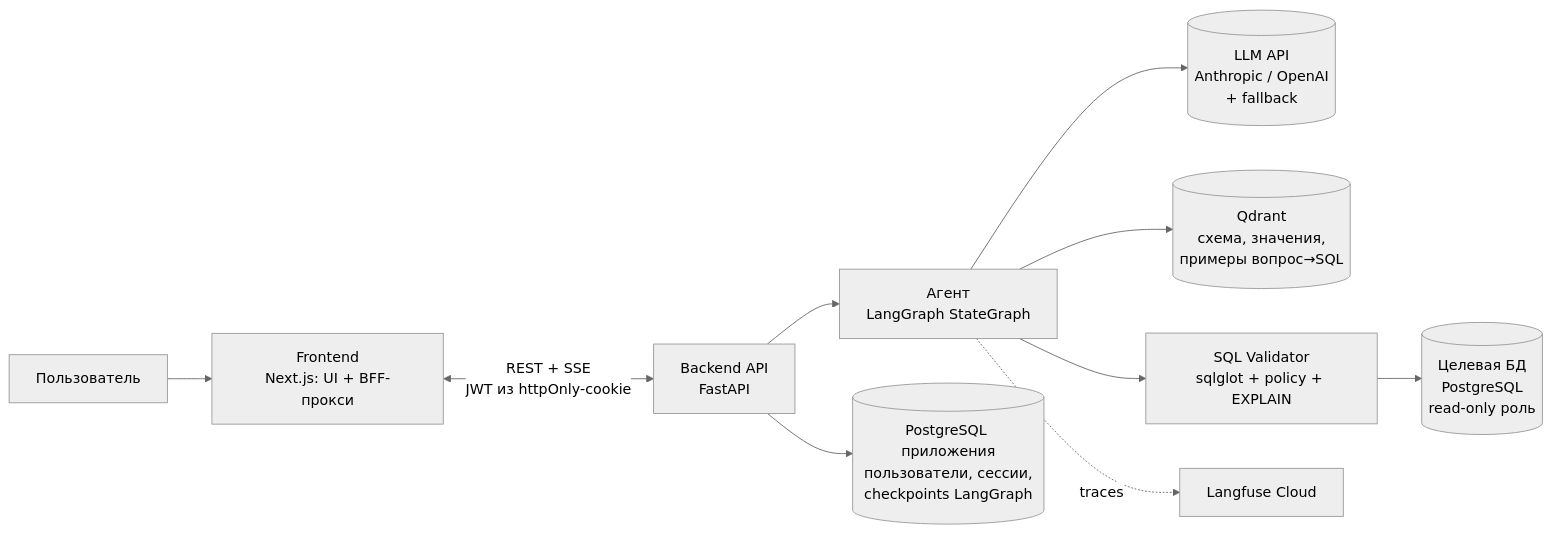
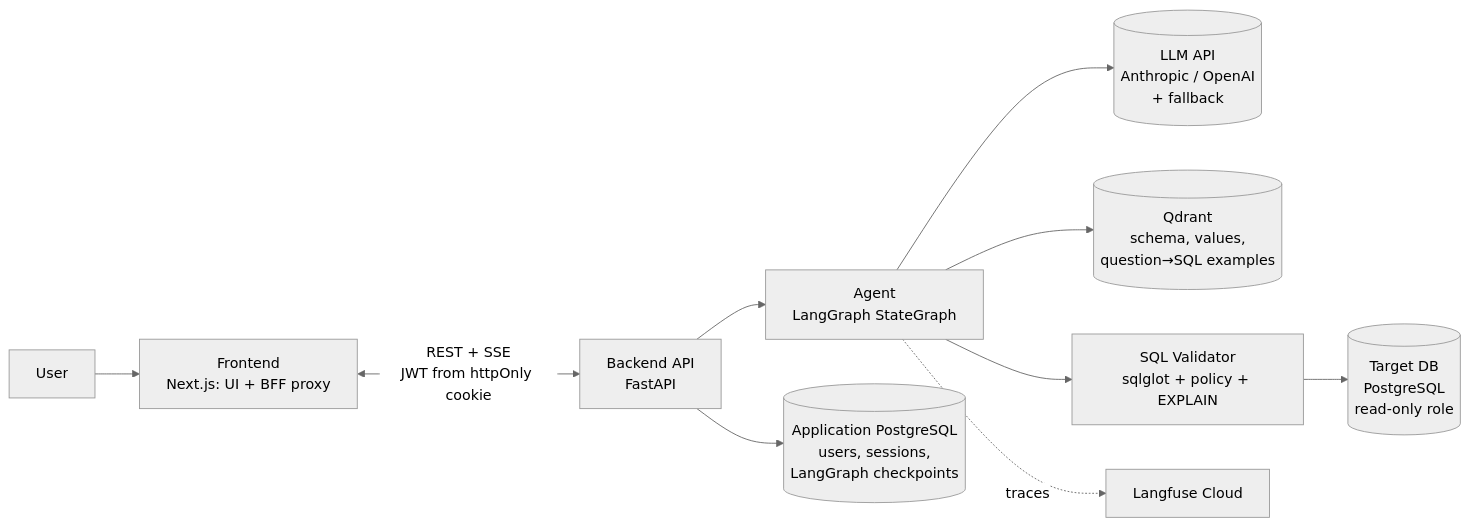
Before and after one commit to Abegerov4/Suhbat2DB: the first of 2 diagrams in README.md, drawn with Mermaid (neutral theme). The commit also changed other lines of this file and 41 other files, not shown here.

First line of the commit message:
DIP-40: Translate documentation and diagrams into English

````diff
--- a/README.md
+++ b/README.md
@@ -113,14 +113,14 @@
 ```mermaid
 flowchart LR
-    U[Пользователь] --> FE[Frontend<br/>Next.js: UI + BFF-прокси]
-    FE <-->|REST + SSE<br/>JWT из httpOnly-cookie| API[Backend API<br/>FastAPI]
-    API --> AG[Агент<br/>LangGraph StateGraph]
+    U[User] --> FE[Frontend<br/>Next.js: UI + BFF proxy]
+    FE <-->|REST + SSE<br/>JWT from httpOnly cookie| API[Backend API<br/>FastAPI]
+    API --> AG[Agent<br/>LangGraph StateGraph]
 
     AG --> LLM[(LLM API<br/>Anthropic / OpenAI<br/>+ fallback)]
-    AG --> VEC[(Qdrant<br/>схема, значения,<br/>примеры вопрос→SQL)]
+    AG --> VEC[(Qdrant<br/>schema, values,<br/>question→SQL examples)]
     AG --> VAL[SQL Validator<br/>sqlglot + policy + EXPLAIN]
-    VAL --> SBX[(Целевая БД<br/>PostgreSQL<br/>read-only роль)]
+    VAL --> SBX[(Target DB<br/>PostgreSQL<br/>read-only role)]
 
-    API --> APPDB[(PostgreSQL приложения<br/>пользователи, сессии,<br/>checkpoints LangGraph)]
+    API --> APPDB[(Application PostgreSQL<br/>users, sessions,<br/>LangGraph checkpoints)]
     AG -.traces.-> LF[Langfuse Cloud]
 ```
````
